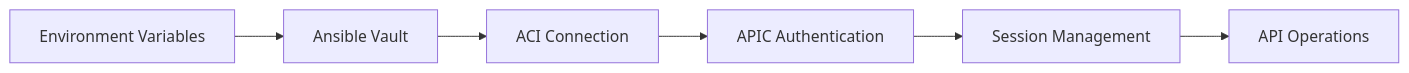
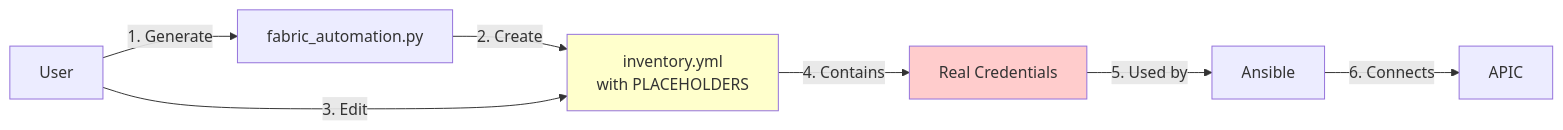
The third of 3 diagrams in ARCHITECTURE.md (JFGrenier07/aci-fabric-automation), drawn with Mermaid before and after one commit. The commit also changed other lines of this file and 9 other files, not shown here.

````diff
--- a/ARCHITECTURE.md
+++ b/ARCHITECTURE.md
@@ -176,8 +729,12 @@
 ```mermaid
 graph LR
-    A[Environment Variables] --> B[Ansible Vault]
-    B --> C[ACI Connection]
-    C --> D[APIC Authentication]
-    D --> E[Session Management]
-    E --> F[API Operations]
+    A[User] -->|1. Generate| B[fabric_automation.py]
+    B -->|2. Create| C[inventory.yml<br/>with PLACEHOLDERS]
+    A -->|3. Edit| C
+    C -->|4. Contains| D[Real Credentials]
+    D -->|5. Used by| E[Ansible]
+    E -->|6. Connects| F[APIC]
+
+    style D fill:#ffcccc
+    style C fill:#ffffcc
 ```
````
